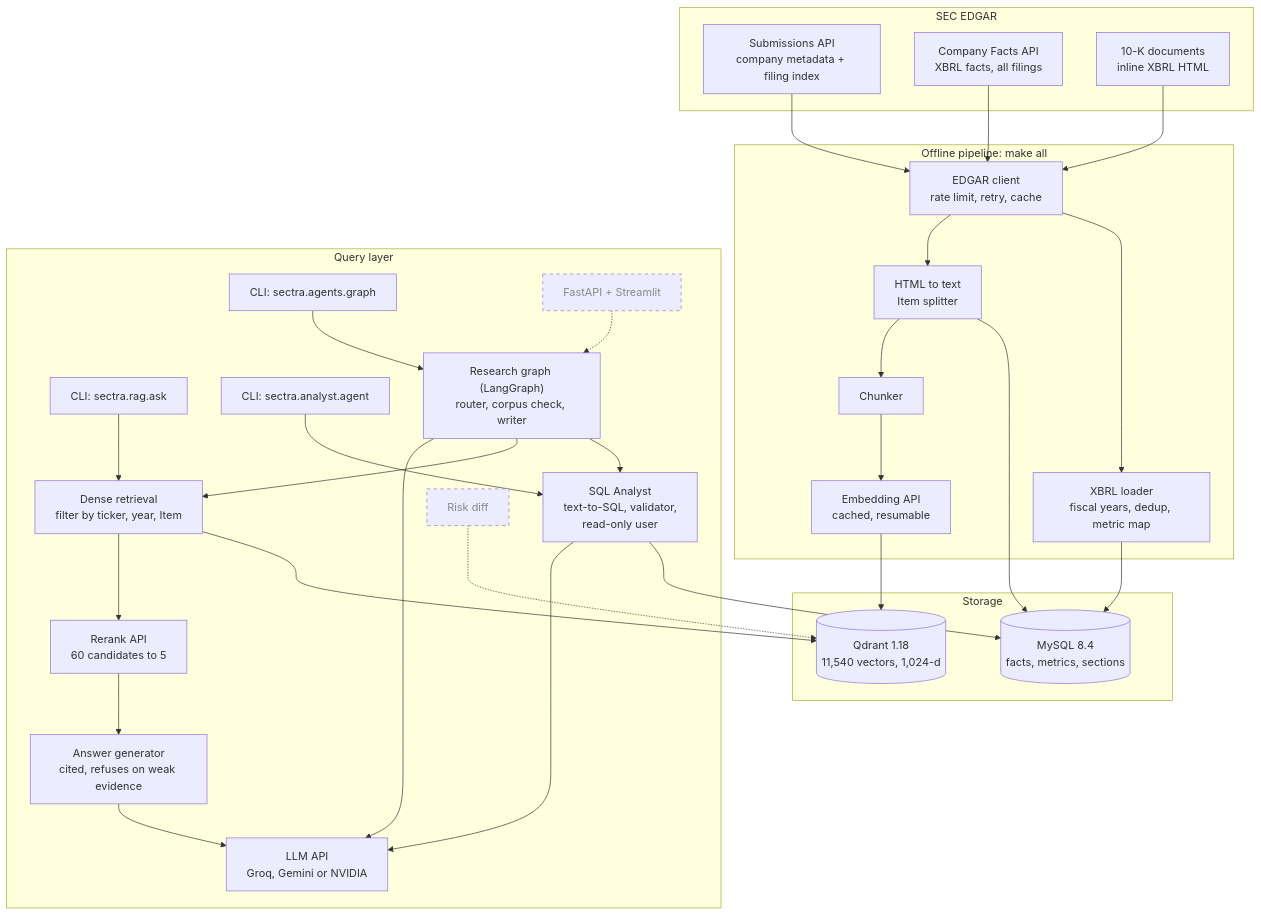
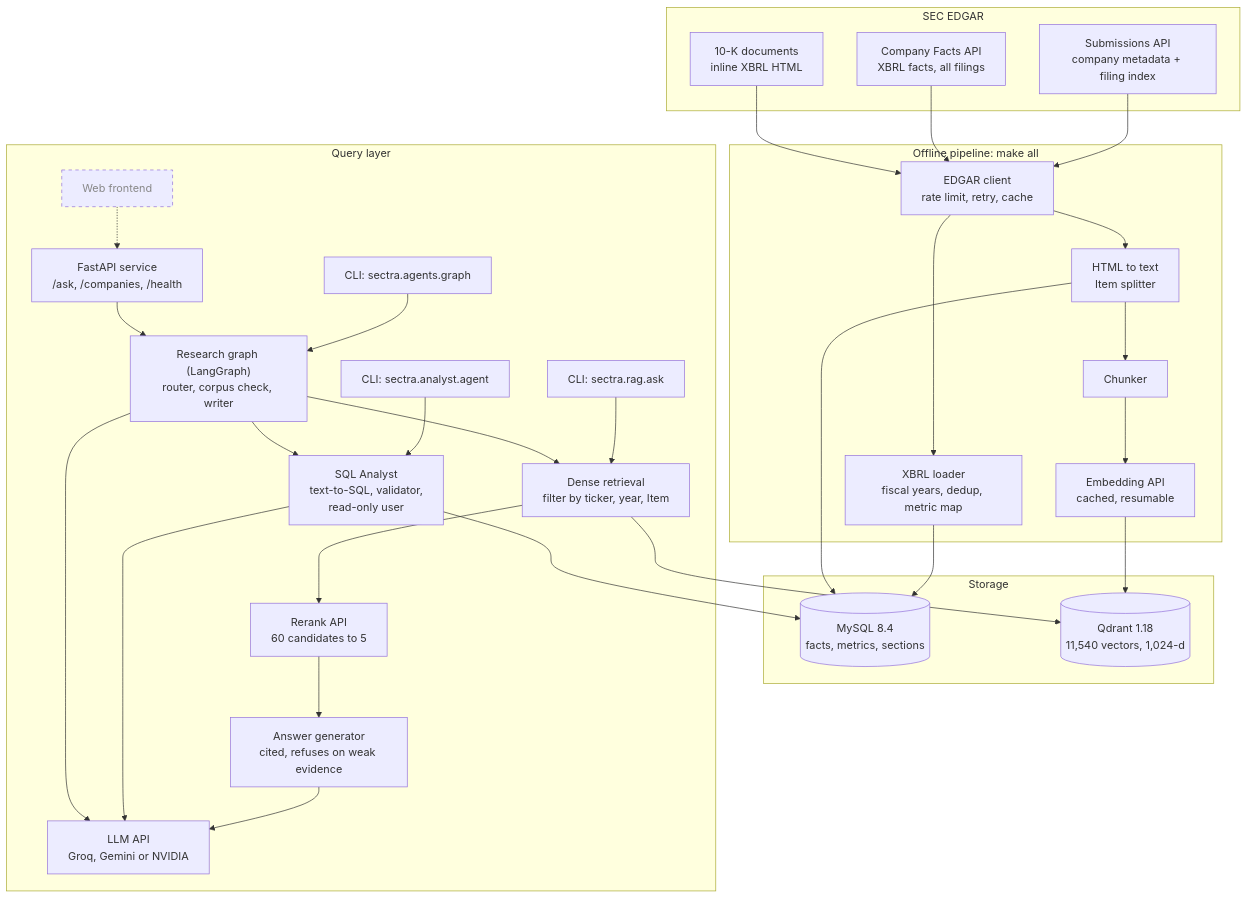
The first of 3 diagrams in README.md (iamnitishsah/S.E.C.T.R.A), drawn with Mermaid before and after one commit. The commit also changed other lines of this file, not shown here.

Commit message:
Document the API, deployment and CI/CD

````diff
--- a/README.md
+++ b/README.md
@@ -168,56 +170,56 @@
 ```mermaid
 flowchart TB
     subgraph SRC["SEC EDGAR"]
         S1["Submissions API<br/>company metadata + filing index"]
         S2["Company Facts API<br/>XBRL facts, all filings"]
         S3["10-K documents<br/>inline XBRL HTML"]
     end
 
     subgraph ING["Offline pipeline: make all"]
         I1["EDGAR client<br/>rate limit, retry, cache"]
         I2["XBRL loader<br/>fiscal years, dedup, metric map"]
         I3["HTML to text<br/>Item splitter"]
         I4["Chunker"]
         I5["Embedding API<br/>cached, resumable"]
     end
 
     subgraph STORE["Storage"]
         D1[("MySQL 8.4<br/>facts, metrics, sections")]
         D2[("Qdrant 1.18<br/>11,540 vectors, 1,024-d")]
     end
 
     subgraph QRY["Query layer"]
         Q1["CLI: sectra.rag.ask"]
         Q2["Dense retrieval<br/>filter by ticker, year, Item"]
         Q4["Rerank API<br/>60 candidates to 5"]
         Q3["Answer generator<br/>cited, refuses on weak evidence"]
         L1["LLM API<br/>Groq, Gemini or NVIDIA"]
         Q5["CLI: sectra.analyst.agent"]
         Q6["SQL Analyst<br/>text-to-SQL, validator,<br/>read-only user"]
         Q7["CLI: sectra.agents.graph"]
         Q8["Research graph (LangGraph)<br/>router, corpus check, writer"]
-        P2["Risk diff"]
-        P3["FastAPI + Streamlit"]
+        Q9["FastAPI service<br/>/ask, /companies, /health"]
+        P3["Web frontend"]
     end
 
     S1 --> I1
     S2 --> I1
     S3 --> I1
     I1 --> I2 --> D1
     I1 --> I3 --> D1
     I3 --> I4 --> I5 --> D2
     Q1 --> Q2 --> D2
     Q2 --> Q4 --> Q3
     Q3 --> L1
     Q5 --> Q6 --> D1
     Q6 --> L1
     Q7 --> Q8
     Q8 --> Q6
     Q8 --> Q2
     Q8 --> L1
-    P3 -.-> Q8
-    P2 -.-> D2
+    Q9 --> Q8
+    P3 -.-> Q9
 
     classDef planned stroke-dasharray: 5 5,color:#888
-    class P2,P3 planned
+    class P3 planned
 ```
````
